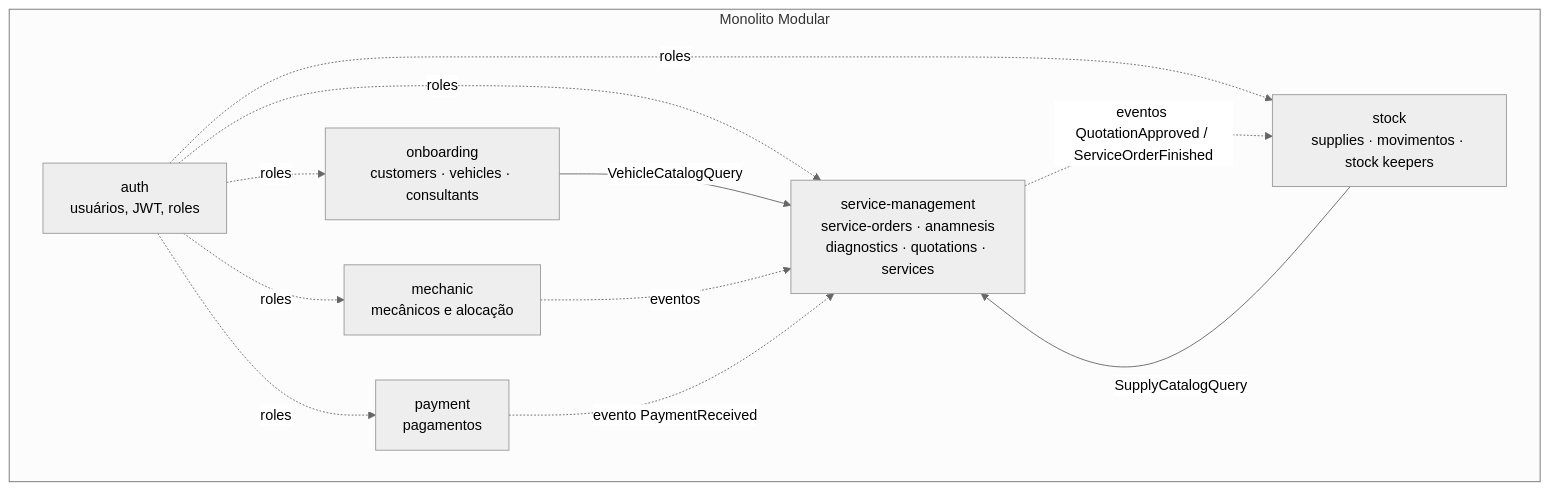
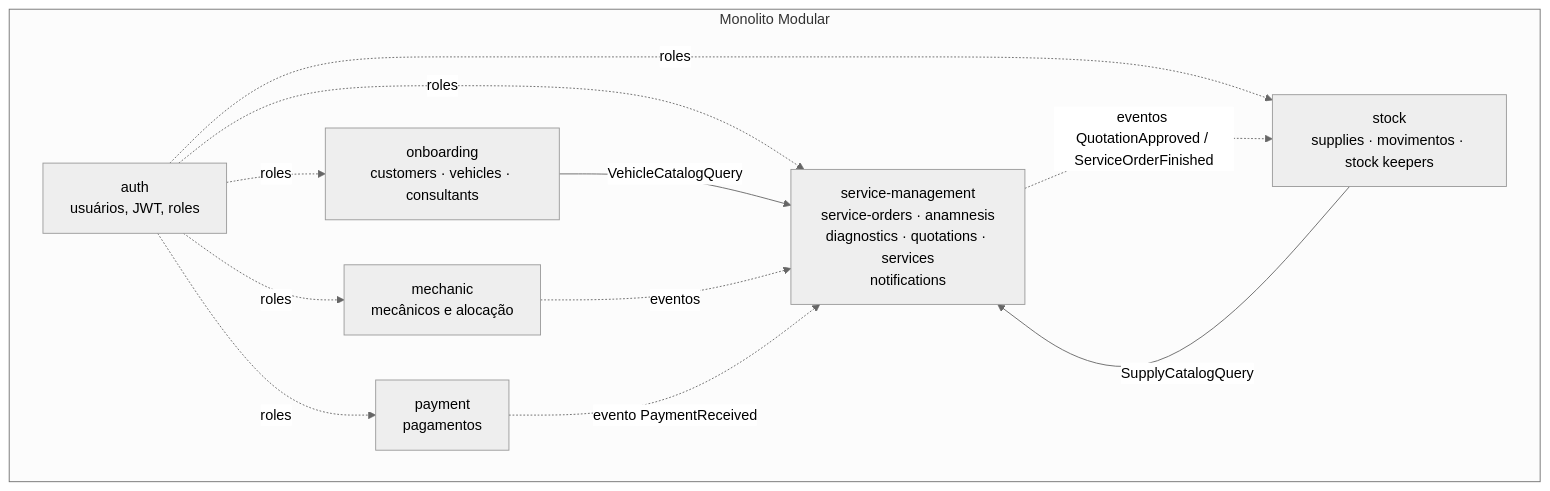
One commit to 10Org-17SOAT/tech-challenge-17soat changed the second of 4 diagrams in README.md. Above: the diagram before and after it, drawn with Mermaid (neutral theme). The commit also changed other lines of this file, not shown here.

````diff
--- a/README.md
+++ b/README.md
@@ -79,22 +81,22 @@
 ```mermaid
 graph TD
     subgraph "Monolito Modular"
         AUTH["auth<br/>usuários, JWT, roles"]
         ONB["onboarding<br/>customers · vehicles · consultants"]
-        SM["service-management<br/>service-orders · anamnesis<br/>diagnostics · quotations · services"]
+        SM["service-management<br/>service-orders · anamnesis<br/>diagnostics · quotations · services<br/>notifications"]
         MECH["mechanic<br/>mecânicos e alocação"]
         STOCK["stock<br/>supplies · movimentos · stock keepers"]
         PAY["payment<br/>pagamentos"]
 
         AUTH -.roles.-> ONB
         AUTH -.roles.-> SM
         AUTH -.roles.-> MECH
         AUTH -.roles.-> STOCK
         AUTH -.roles.-> PAY
         ONB -->|VehicleCatalogQuery| SM
         STOCK -->|SupplyCatalogQuery| SM
         MECH -.eventos.-> SM
         PAY -.evento PaymentReceived.-> SM
         SM -.eventos QuotationApproved / ServiceOrderFinished.-> STOCK
     end
 ```
````
